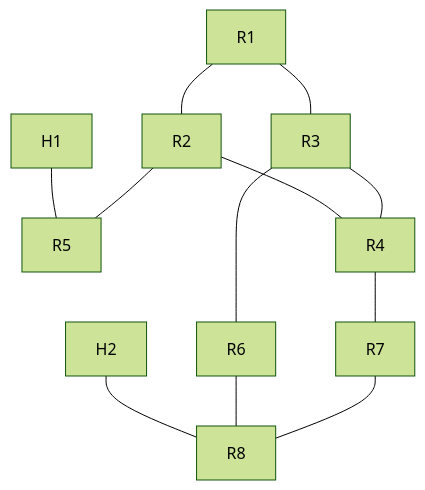
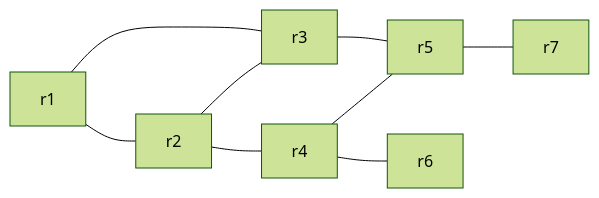
One commit to luisdorr/luisdorr-Redes-2-trabalho-GA changed the diagram in topologia.mermaid. Above: the diagram before and after it, drawn with Mermaid (forest theme). The commit also changed 1 other file, not shown here.

Commit message:
Add graph generation script and update topology format

```diff
--- a/topologia.mermaid
+++ b/topologia.mermaid
@@ -1,25 +1,9 @@
-graph TD
-    %% Hosts
-    h1[H1] --- r5
-    h2[H2] --- r8
-
-    %% Roteadores
-    r1[R1]
-    r2[R2]
-    r3[R3]
-    r4[R4]
-    r5[R5]
-    r6[R6]
-    r7[R7]
-    r8[R8]
-
-    %% Conexões entre roteadores
+graph LR
     r1 --- r2
     r1 --- r3
+    r2 --- r3
     r2 --- r4
-    r2 --- r5
-    r3 --- r4
-    r3 --- r6
-    r4 --- r7
-    r6 --- r8
-    r7 --- r8
+    r3 --- r5
+    r4 --- r5
+    r4 --- r6
+    r5 --- r7
```
